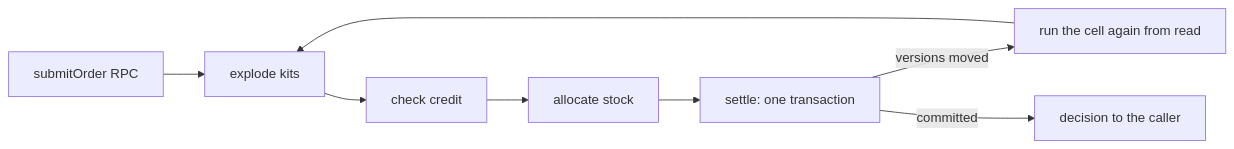
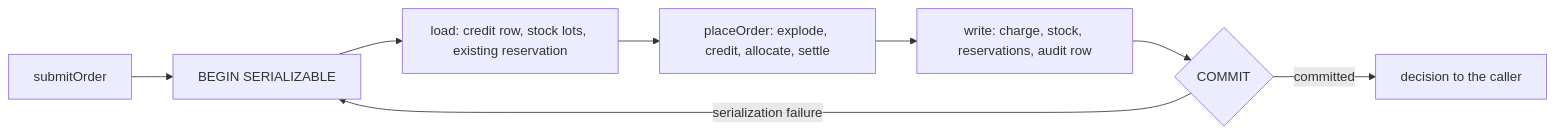
Before and after one commit to systemfsoftware/systemfsoftware: the diagram in examples/inventory-fulfillment/README.md, drawn with Mermaid. The commit also changed other lines of this file and 48 other files, not shown here.

First line of the commit message:
refactor(example-inventory-fulfillment): run each order as one serializable unit of work

````diff
--- a/examples/inventory-fulfillment/README.md
+++ b/examples/inventory-fulfillment/README.md
@@ -7,10 +24,10 @@
 ```mermaid
 flowchart LR
-  rpc[submitOrder RPC] --> explode[explode kits]
-  explode --> credit[check credit]
-  credit --> allocate[allocate stock]
-  allocate --> settle[settle: one transaction]
-  settle -- versions moved --> retry[run the cell again from read]
-  retry --> explode
-  settle -- committed --> reply[decision to the caller]
+  rpc[submitOrder] --> begin[BEGIN SERIALIZABLE]
+  begin --> load[load: credit row, stock lots, existing reservation]
+  load --> decide[placeOrder: explode, credit, allocate, settle]
+  decide --> write[write: charge, stock, reservations, audit row]
+  write --> commit{COMMIT}
+  commit -- serialization failure --> begin
+  commit -- committed --> reply[decision to the caller]
 ```
````
